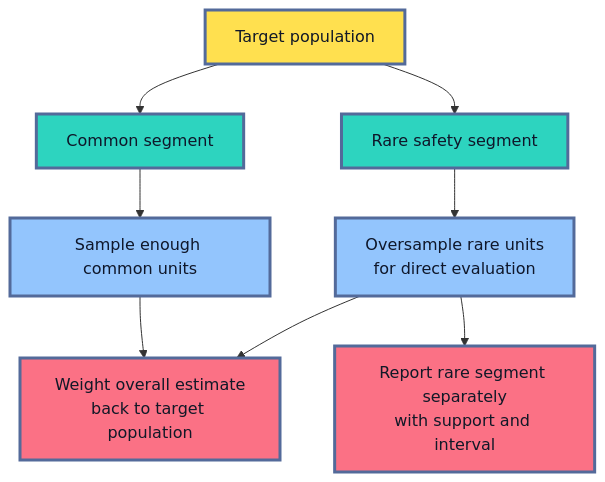
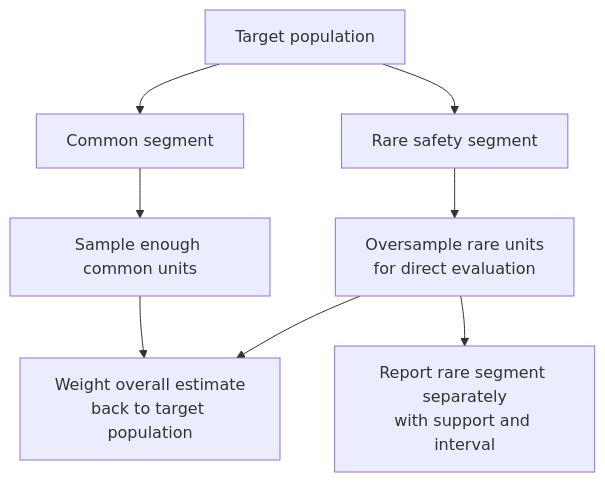
One commit to senlinyy/dev-roadmaps changed the seventh of 10 diagrams in roadmaps/mlops/modules/model-evaluation/offline-evaluation/05-statistical-uncertainty-and-paired-comparisons.md. Above: the diagram before and after it, drawn with Mermaid. The commit also changed other lines of this file and 152 other files, not shown here.

Commit message:
feat: mlops and diagrams updated

````diff
--- a/roadmaps/mlops/modules/model-evaluation/offline-evaluation/05-statistical-uncertainty-and-paired-comparisons.md
+++ b/roadmaps/mlops/modules/model-evaluation/offline-evaluation/05-statistical-uncertainty-and-paired-comparisons.md
@@ -544,19 +519,15 @@
 ```mermaid
 flowchart TD
     A["Target population"] --> B["Common segment"]
     A --> C["Rare safety segment"]
     B --> D["Sample enough common units"]
     C --> E["Oversample rare units<br/>for direct evaluation"]
     D --> F["Weight overall estimate<br/>back to target population"]
     E --> F
     E --> G["Report rare segment separately<br/>with support and interval"]
 
-    classDef population fill:#FFE04F,stroke:#536A9A,stroke-width:3px,color:#111827
-    classDef segment fill:#2DD4BF,stroke:#536A9A,stroke-width:3px,color:#0F172A
-    classDef sample fill:#93C5FD,stroke:#536A9A,stroke-width:3px,color:#0F172A
-    classDef report fill:#FB7185,stroke:#536A9A,stroke-width:3px,color:#111827
     class A population
     class B,C segment
     class D,E sample
     class F,G report
 ```
````
